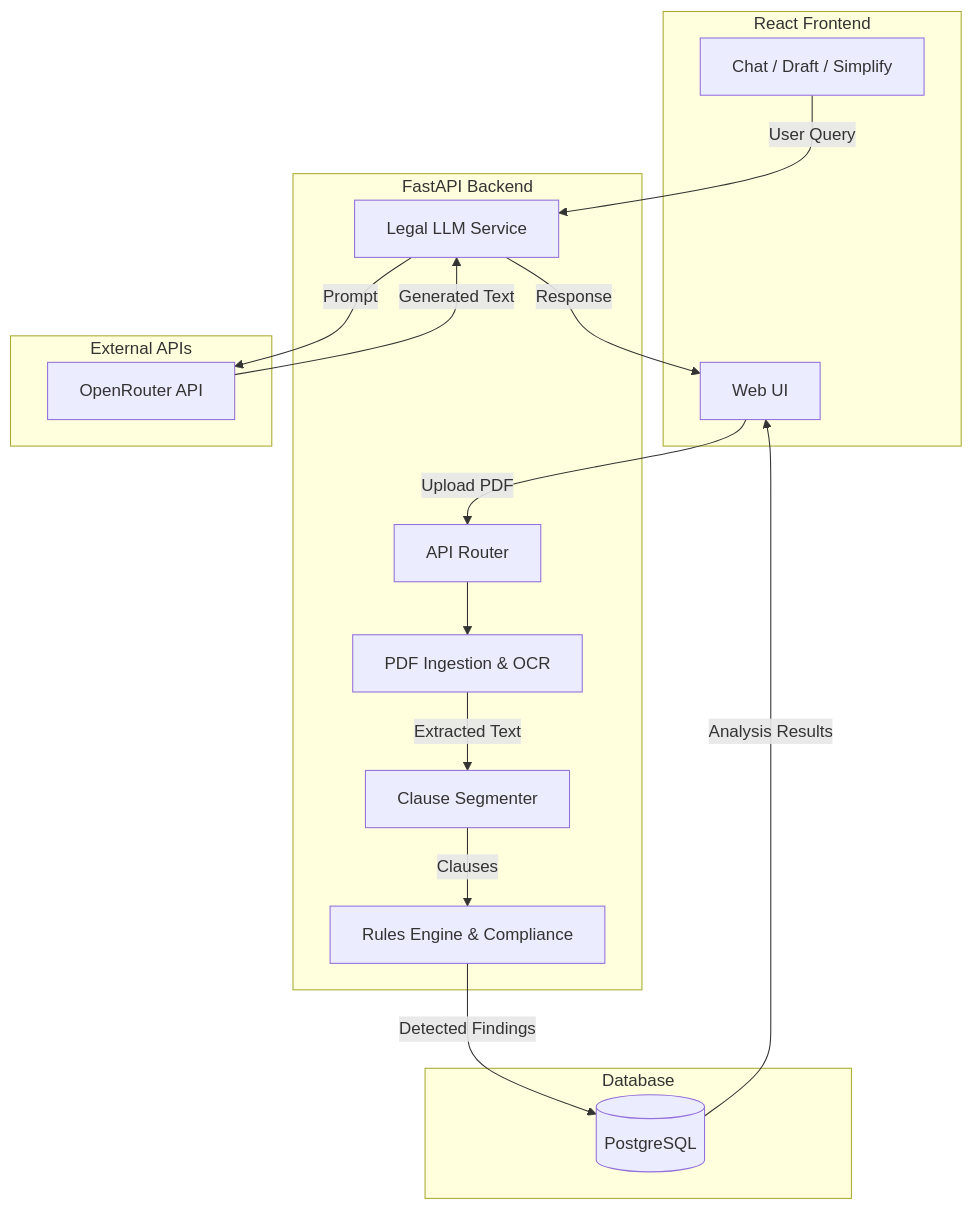
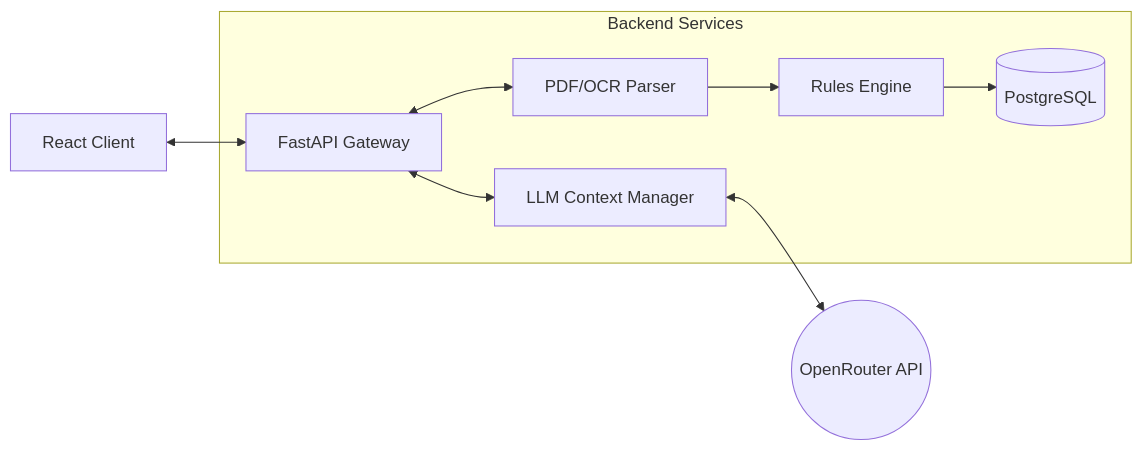
Before and after one commit to Aish-transitminds/legal-AI: the diagram in README.md, drawn with Mermaid. The commit also changed other lines of this file, not shown here.

````diff
--- a/README.md
+++ b/README.md
@@ -43,35 +34,13 @@
 ```mermaid
-flowchart TD
-    subgraph Frontend [React Frontend]
-        UI[Web UI]
-        Chat[Chat / Draft / Simplify]
+flowchart LR
+    Client[React Client] <--> API[FastAPI Gateway]
+    
+    subgraph Backend Services
+        API <--> Ingestion[PDF/OCR Parser]
+        Ingestion --> Rules[Rules Engine]
+        Rules --> DB[(PostgreSQL)]
+        API <--> LLM[LLM Context Manager]
     end
-
-    subgraph Backend [FastAPI Backend]
-        API[API Router]
-        PDF[PDF Ingestion & OCR]
-        Seg[Clause Segmenter]
-        Rules[Rules Engine & Compliance]
-        LLM[Legal LLM Service]
-    end
-
-    subgraph Storage [Database]
-        PG[(PostgreSQL)]
-    end
-
-    subgraph External [External APIs]
-        OR[OpenRouter API]
-    end
-
-    UI -- Upload PDF --> API
-    API --> PDF
-    PDF -- Extracted Text --> Seg
-    Seg -- Clauses --> Rules
-    Rules -- Detected Findings --> PG
-    PG -- Analysis Results --> UI
-
-    Chat -- User Query --> LLM
-    LLM -- Prompt --> OR
-    OR -- Generated Text --> LLM
-    LLM -- Response --> UI
+    
+    LLM <--> OpenRouter((OpenRouter API))
 ```
````
